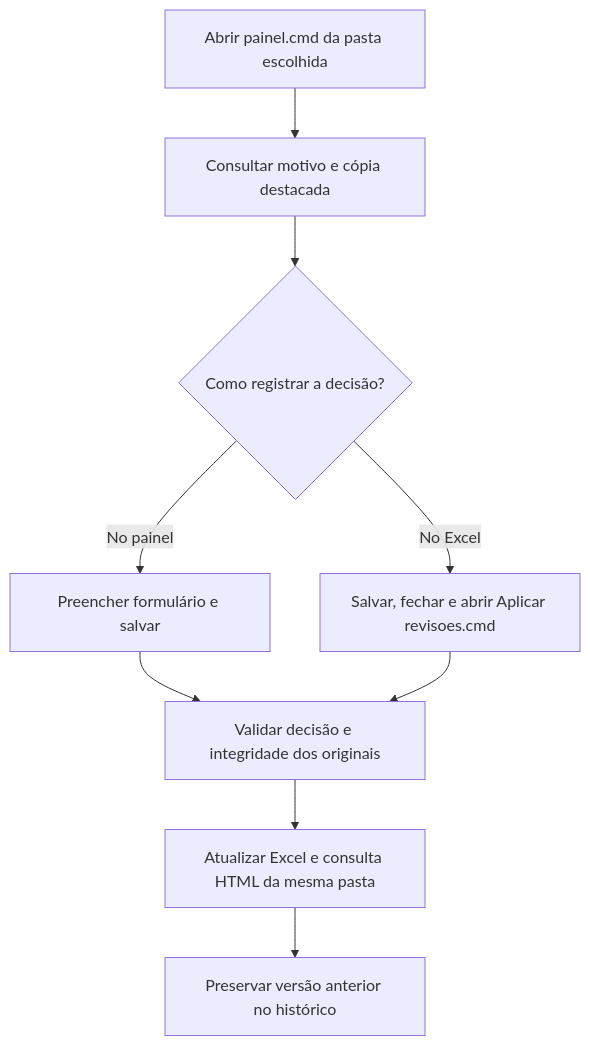
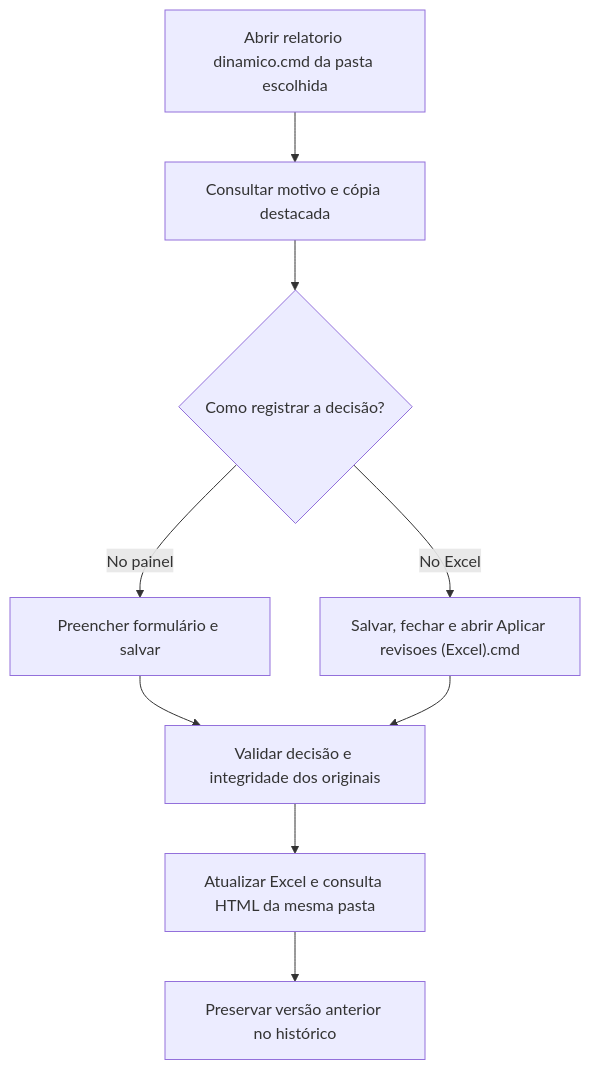
Before and after one commit to felipexxxxx/goener-case: the second of 3 diagrams in README.md, drawn with Mermaid. The commit also changed other lines of this file and 12 other files, not shown here.

````diff
--- a/README.md
+++ b/README.md
@@ -110,11 +109,11 @@
 ```mermaid
 flowchart TD
-    A[Abrir painel.cmd da pasta escolhida] --> B[Consultar motivo e cópia destacada]
+    A[Abrir relatorio dinamico.cmd da pasta escolhida] --> B[Consultar motivo e cópia destacada]
     B --> C{Como registrar a decisão?}
     C -- No painel --> D[Preencher formulário e salvar]
-    C -- No Excel --> E[Salvar, fechar e abrir Aplicar revisoes.cmd]
+    C -- No Excel --> E["Salvar, fechar e abrir Aplicar revisoes (Excel).cmd"]
     D --> F[Validar decisão e integridade dos originais]
     E --> F
     F --> G[Atualizar Excel e consulta HTML da mesma pasta]
     G --> H[Preservar versão anterior no histórico]
 ```
````
